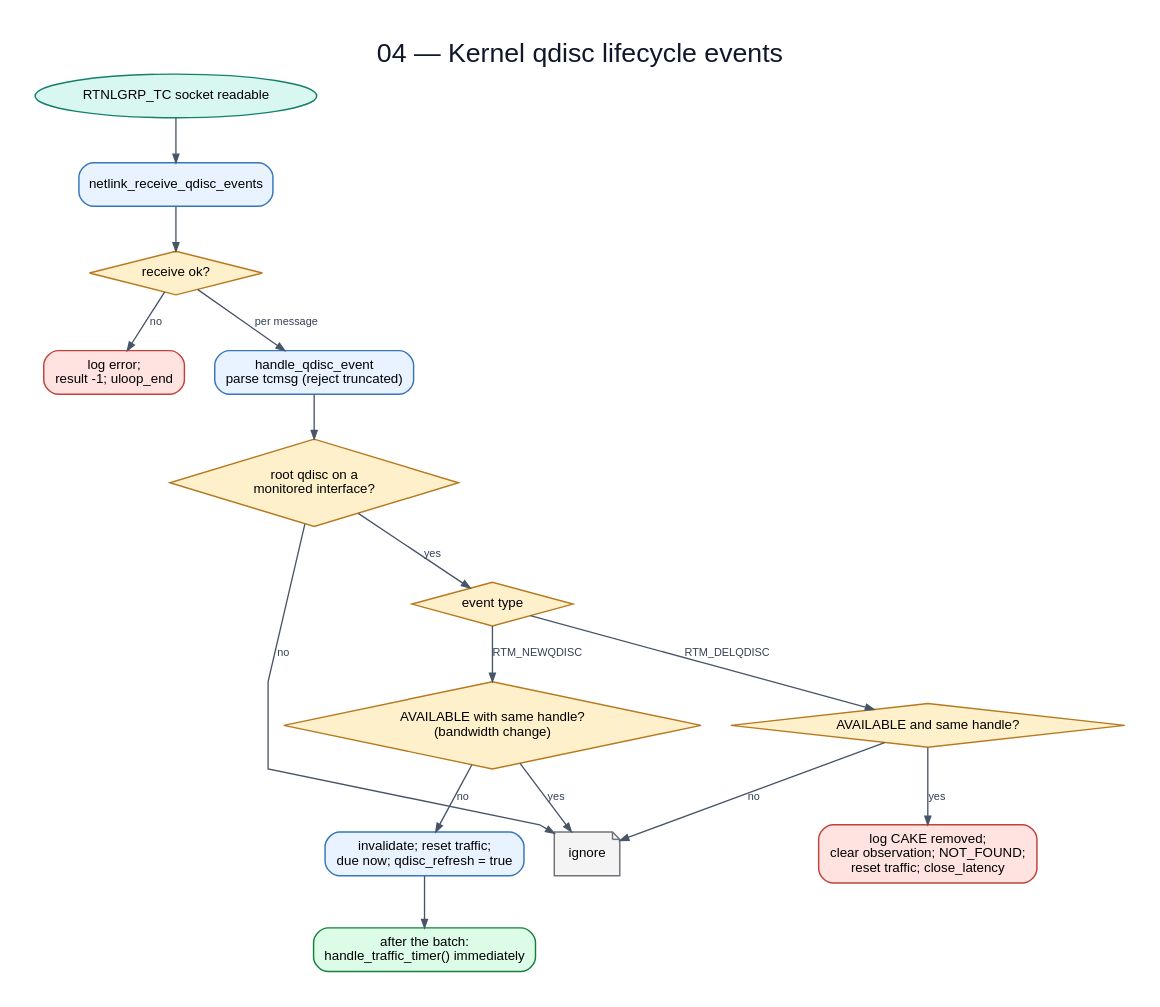
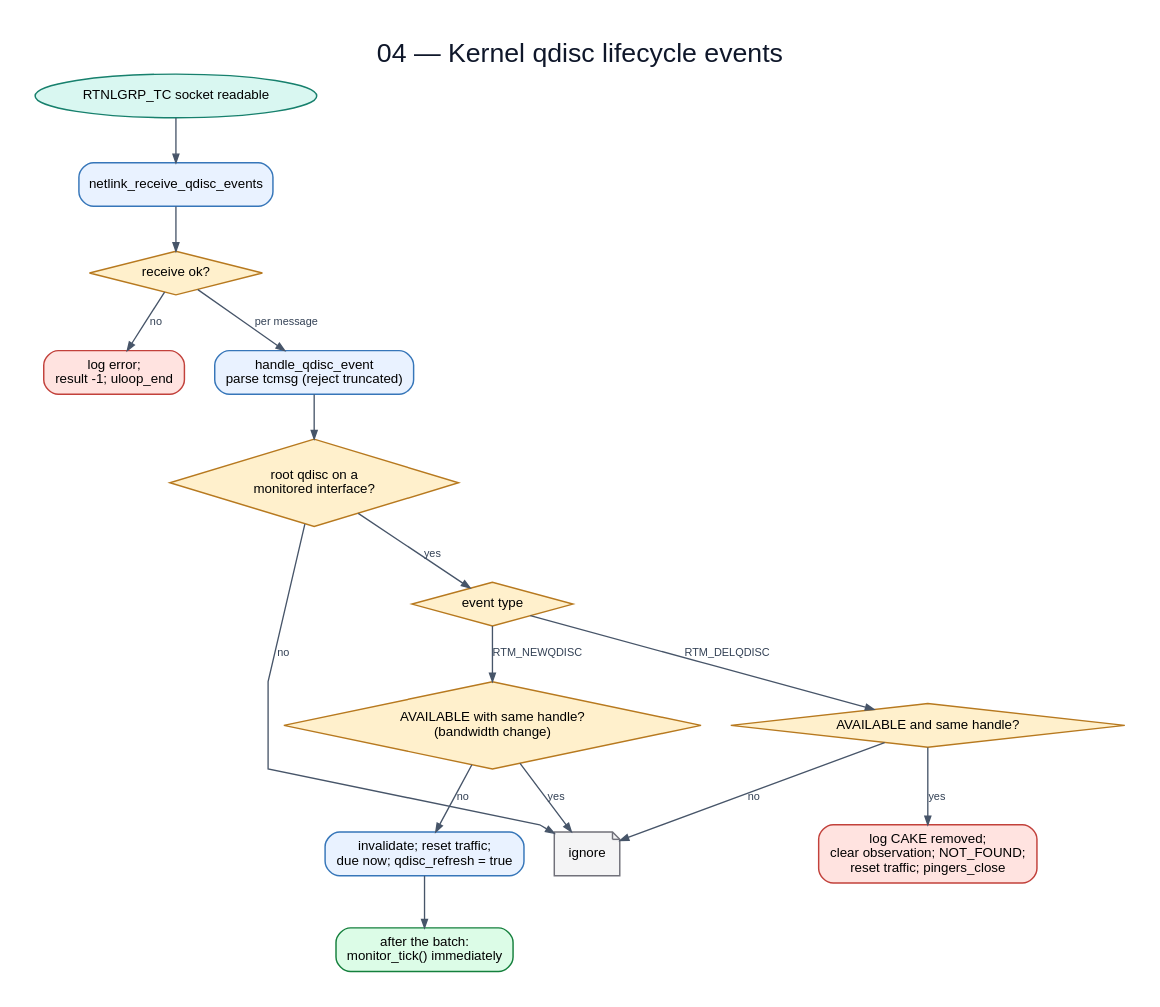
Before and after one commit to huydoan94/cake-adapt: the diagram in flowchart/diagrams/04-qdisc-lifecycle.dot, drawn with Graphviz. The commit also changed 19 other files, not shown here.

First line of the commit message:
Regenerate the flowcharts for the restructured monitor

```diff
--- a/flowchart/diagrams/04-qdisc-lifecycle.dot
+++ b/flowchart/diagrams/04-qdisc-lifecycle.dot
@@ -1,32 +1,32 @@
 digraph G {
   graph [rankdir=TB,bgcolor="white",pad="0.30",nodesep="0.35",ranksep="0.48",splines=polyline,fontname="Arial",label="04 — Kernel qdisc lifecycle events",labelloc=t,fontsize=22,fontcolor="#0f172a"];
   node [fontname="Arial",fontsize=11,margin="0.14,0.09",penwidth=1.2];
   edge [fontname="Arial",fontsize=9,color="#475569",fontcolor="#334155",arrowsize=0.7,penwidth=1.1];
   fd [label="RTNLGRP_TC socket readable",shape=oval,style="filled",fillcolor="#d9f7f1",color="#17806d"];
   recv [label="netlink_receive_qdisc_events",shape=box,style="rounded,filled",fillcolor="#e9f2ff",color="#3676b9"];
   recvok [label="receive ok?",shape=diamond,style="filled",fillcolor="#fff0cc",color="#b7791f"];
   fatal [label="log error;\nresult -1; uloop_end",shape=box,style="rounded,filled",fillcolor="#ffe3e0",color="#c2413b"];
   parse [label="handle_qdisc_event\nparse tcmsg (reject truncated)",shape=box,style="rounded,filled",fillcolor="#e9f2ff",color="#3676b9"];
   match [label="root qdisc on a\nmonitored interface?",shape=diamond,style="filled",fillcolor="#fff0cc",color="#b7791f"];
   ignore [label="ignore",shape=note,style="filled",fillcolor="#f4f4f5",color="#71717a"];
   type [label="event type",shape=diamond,style="filled",fillcolor="#fff0cc",color="#b7791f"];
   delmatch [label="AVAILABLE and same handle?",shape=diamond,style="filled",fillcolor="#fff0cc",color="#b7791f"];
-  removed [label="log CAKE removed;\nclear observation; NOT_FOUND;\nreset traffic; close_latency",shape=box,style="rounded,filled",fillcolor="#ffe3e0",color="#c2413b"];
+  removed [label="log CAKE removed;\nclear observation; NOT_FOUND;\nreset traffic; pingers_close",shape=box,style="rounded,filled",fillcolor="#ffe3e0",color="#c2413b"];
   same [label="AVAILABLE with same handle?\n(bandwidth change)",shape=diamond,style="filled",fillcolor="#fff0cc",color="#b7791f"];
   refresh [label="invalidate; reset traffic;\ndue now; qdisc_refresh = true",shape=box,style="rounded,filled",fillcolor="#e9f2ff",color="#3676b9"];
-  cycle [label="after the batch:\nhandle_traffic_timer() immediately",shape=box,style="rounded,filled,bold",fillcolor="#dcfce7",color="#15803d"];
+  cycle [label="after the batch:\nmonitor_tick() immediately",shape=box,style="rounded,filled,bold",fillcolor="#dcfce7",color="#15803d"];
   fd -> recv;
   recv -> recvok;
   recvok -> fatal [label="no"];
   recvok -> parse [label="per message"];
   parse -> match;
   match -> ignore [label="no"];
   match -> type [label="yes"];
   type -> delmatch [label="RTM_DELQDISC"];
   delmatch -> removed [label="yes"];
   delmatch -> ignore [label="no"];
   type -> same [label="RTM_NEWQDISC"];
   same -> ignore [label="yes"];
   same -> refresh [label="no"];
   refresh -> cycle;
 }
```
